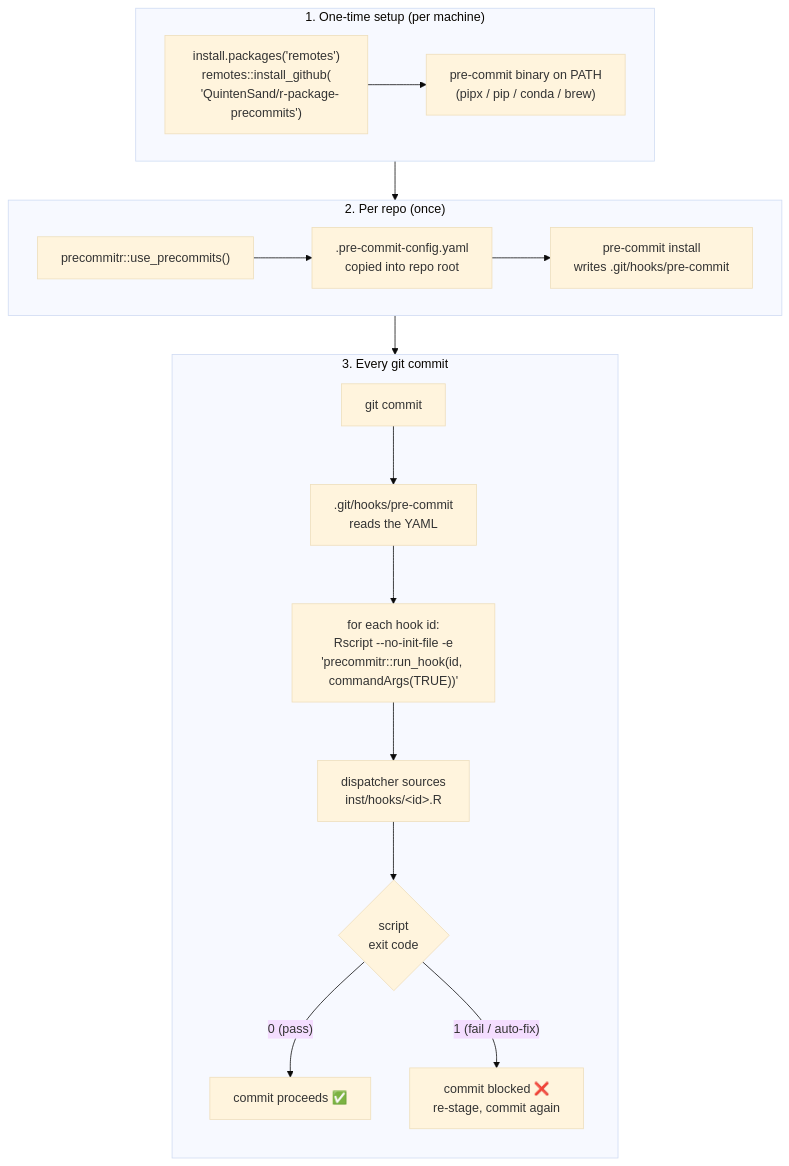
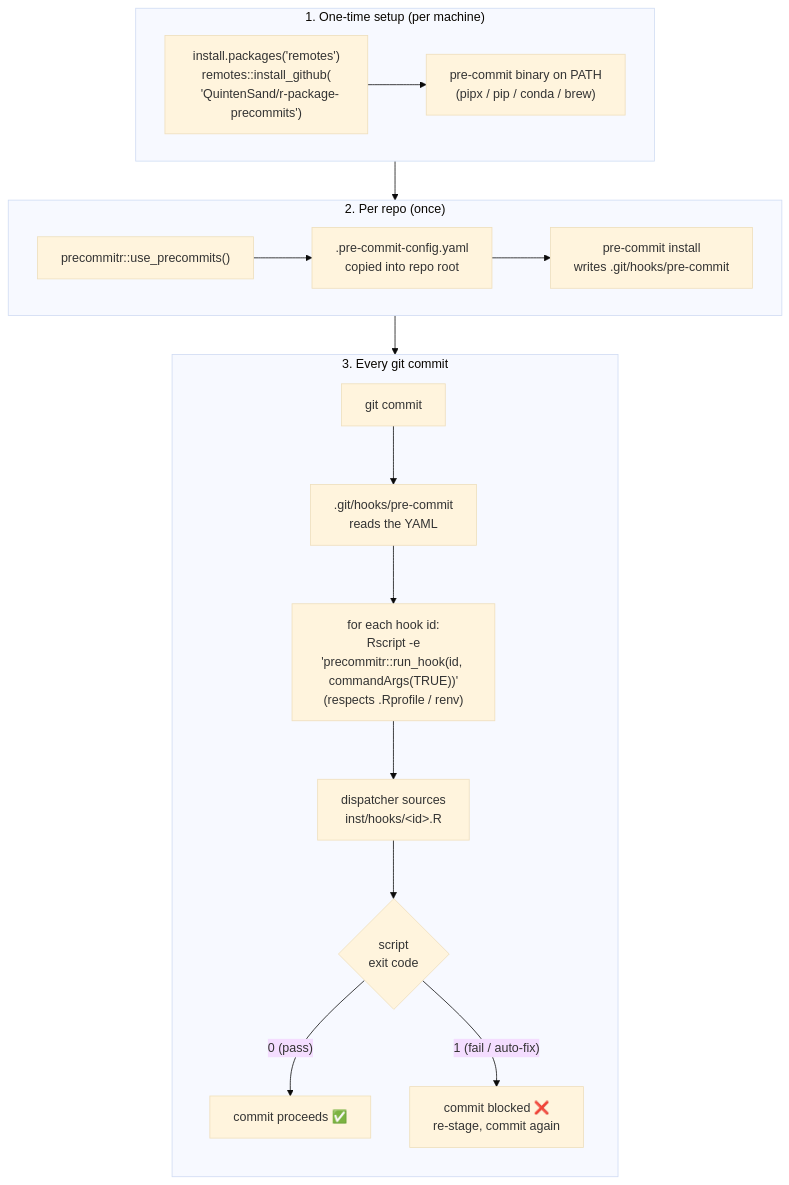
The first of 2 diagrams in README.md (QuintenSand/r-package-precommits), drawn with Mermaid (base theme) before and after one commit. The commit also changed other lines of this file and 1 other file, not shown here.

First line of the commit message:
Drop --no-init-file so hooks respect renv

````diff
--- a/README.md
+++ b/README.md
@@ -18,25 +18,25 @@
 ```mermaid
 flowchart TB
     subgraph S1["1. One-time setup (per machine)"]
         direction LR
         A1["install.packages('remotes')<br/>remotes::install_github(<br/>&nbsp;&nbsp;'QuintenSand/r-package-precommits')"] --> A2["pre-commit binary on PATH<br/>(pipx / pip / conda / brew)"]
     end
 
     subgraph S2["2. Per repo (once)"]
         direction LR
         B1["precommitr::use_precommits()"] --> B2[".pre-commit-config.yaml<br/>copied into repo root"]
         B2 --> B3["pre-commit install<br/>writes .git/hooks/pre-commit"]
     end
 
     subgraph S3["3. Every git commit"]
         direction TB
         C1["git commit"] --> C2[".git/hooks/pre-commit<br/>reads the YAML"]
-        C2 --> C3["for each hook id:<br/>Rscript --no-init-file -e<br/>'precommitr::run_hook(id, commandArgs(TRUE))'"]
+        C2 --> C3["for each hook id:<br/>Rscript -e<br/>'precommitr::run_hook(id, commandArgs(TRUE))'<br/>(respects .Rprofile / renv)"]
         C3 --> C4["dispatcher sources<br/>inst/hooks/&lt;id&gt;.R"]
         C4 --> C5{"script<br/>exit code"}
         C5 -- "0 (pass)" --> C6["commit proceeds ✅"]
         C5 -- "1 (fail / auto-fix)" --> C7["commit blocked ❌<br/>re-stage, commit again"]
     end
 
     S1 --> S2 --> S3
 ```
````
